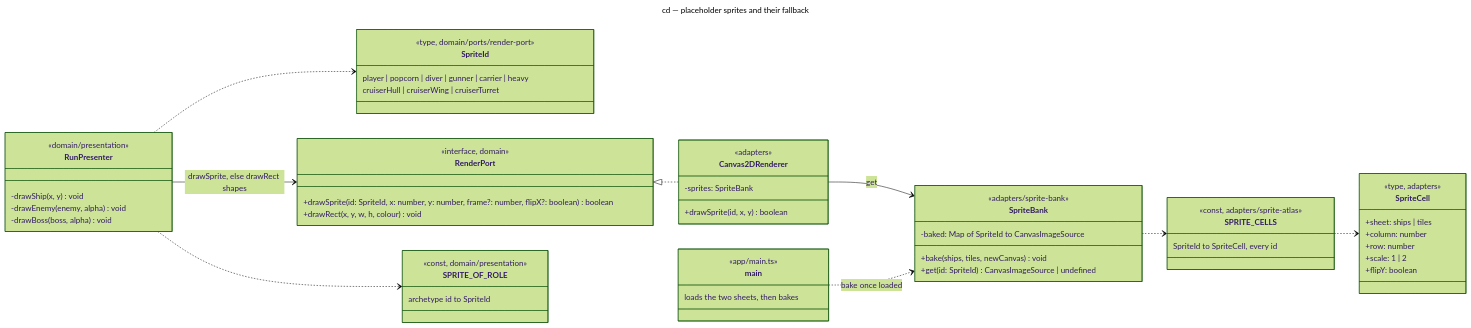
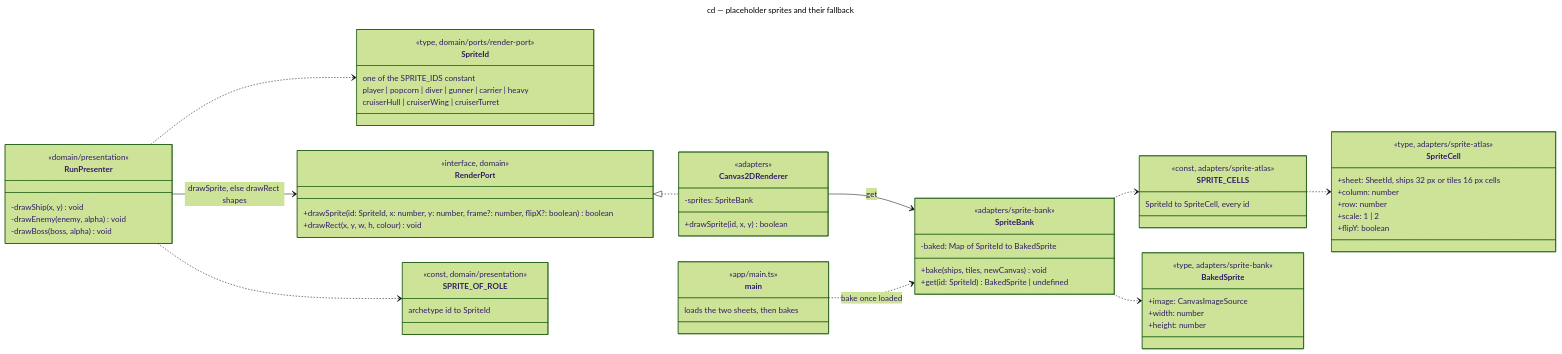
Before and after one commit to benoit-bremaud/retro-shmup: the diagram in docs/architecture/diagrams/render/04-class-sprites.md, drawn with Mermaid (forest theme). The commit also changed other lines of this file and 15 other files, not shown here.

First line of the commit message:
feat(render): sprite bank, drawSprite returns whether it drew (G4-1a) (#76)

````diff
--- a/docs/architecture/diagrams/render/04-class-sprites.md
+++ b/docs/architecture/diagrams/render/04-class-sprites.md
@@ -17,62 +17,70 @@
 ```mermaid
 ---
 title: cd — placeholder sprites and their fallback
 ---
 classDiagram
   direction LR
   class SpriteId {
     <<type, domain/ports/render-port>>
+    one of the SPRITE_IDS constant
     player | popcorn | diver | gunner | carrier | heavy
     cruiserHull | cruiserWing | cruiserTurret
   }
   class RenderPort {
     <<interface, domain>>
     +drawSprite(id: SpriteId, x: number, y: number, frame?: number, flipX?: boolean) boolean
     +drawRect(x, y, w, h, colour) void
   }
   class RunPresenter {
     <<domain/presentation>>
     -drawShip(x, y) void
     -drawEnemy(enemy, alpha) void
     -drawBoss(boss, alpha) void
   }
   class SPRITE_OF_ROLE {
     <<const, domain/presentation>>
     archetype id to SpriteId
   }
   class SpriteCell {
-    <<type, adapters>>
-    +sheet: ships | tiles
+    <<type, adapters/sprite-atlas>>
+    +sheet: SheetId, ships 32 px or tiles 16 px cells
     +column: number
     +row: number
     +scale: 1 | 2
     +flipY: boolean
   }
   class SPRITE_CELLS {
     <<const, adapters/sprite-atlas>>
     SpriteId to SpriteCell, every id
   }
   class SpriteBank {
     <<adapters/sprite-bank>>
-    -baked: Map of SpriteId to CanvasImageSource
+    -baked: Map of SpriteId to BakedSprite
     +bake(ships, tiles, newCanvas) void
-    +get(id: SpriteId) CanvasImageSource | undefined
+    +get(id: SpriteId) BakedSprite | undefined
+  }
+  class BakedSprite {
+    <<type, adapters/sprite-bank>>
+    +image: CanvasImageSource
+    +width: number
+    +height: number
   }
   class Canvas2DRenderer {
     <<adapters>>
     -sprites: SpriteBank
     +drawSprite(id, x, y) boolean
   }
   class main {
     <<app/main.ts>>
     loads the two sheets, then bakes
   }
   RenderPort <|.. Canvas2DRenderer
   RunPresenter --> RenderPort : drawSprite, else drawRect shapes
   RunPresenter ..> SPRITE_OF_ROLE
   RunPresenter ..> SpriteId
   Canvas2DRenderer --> SpriteBank : get
+  SpriteBank ..> BakedSprite
   SpriteBank ..> SPRITE_CELLS
   SPRITE_CELLS ..> SpriteCell
   main ..> SpriteBank : bake once loaded
 ```
````
